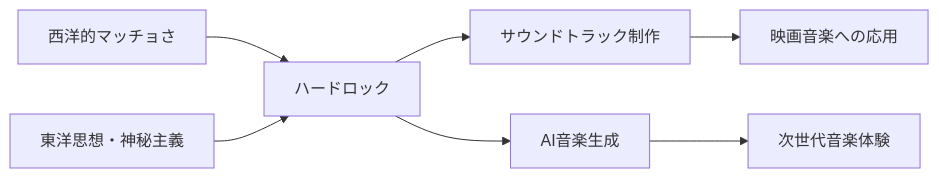
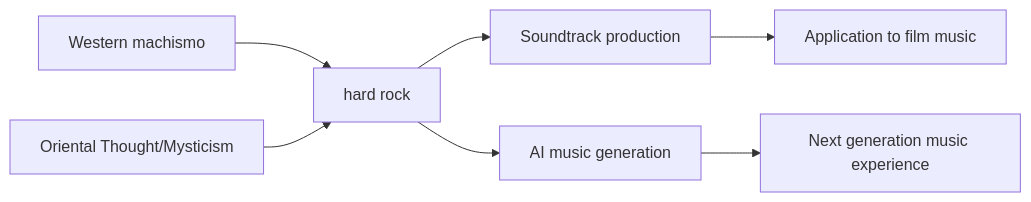
One commit to monumental-movement/monumental-movement.github.io changed the diagram in en/_posts/2025-09-20-Column-Hardrock-Mysticism.md. Above: the diagram before and after it, drawn with Mermaid. The commit also changed 152 other files, not shown here.

```diff
--- a/en/_posts/2025-09-20-Column-Hardrock-Mysticism.md
+++ b/en/_posts/2025-09-20-Column-Hardrock-Mysticism.md
@@ -57,11 +57,11 @@
 <div class="mermaid">
 
 flowchart LR
-  A["西洋的マッチョさ"] --> C["ハードロック"]
-  B["東洋思想・神秘主義"] --> C
-  C --> D["サウンドトラック制作"]
-  C --> E["AI音楽生成"]
-  D --> F["映画音楽への応用"]
-  E --> G["次世代音楽体験"]
+  A["Western machismo"] --> C["hard rock"]
+  B["Oriental Thought/Mysticism"] --> C
+  C --> D["Soundtrack production"]
+  C --> E["AI music generation"]
+  D --> F["Application to film music"]
+  E --> G["Next generation music experience"]
 
 </div>
```
